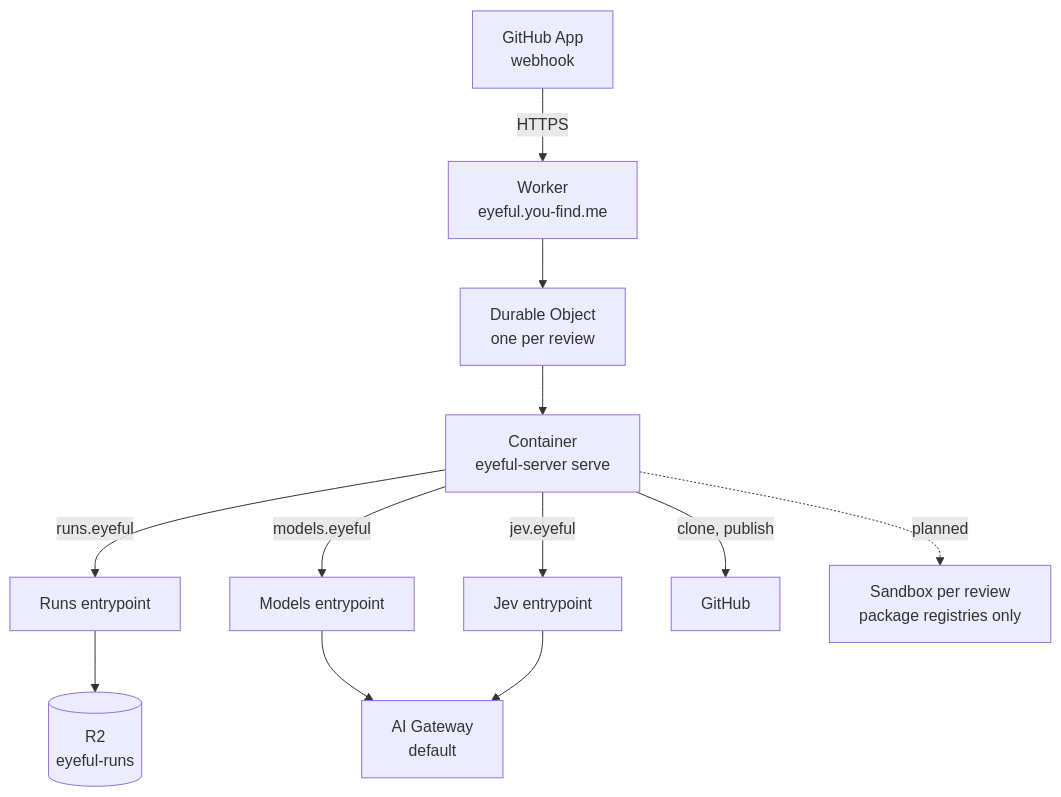
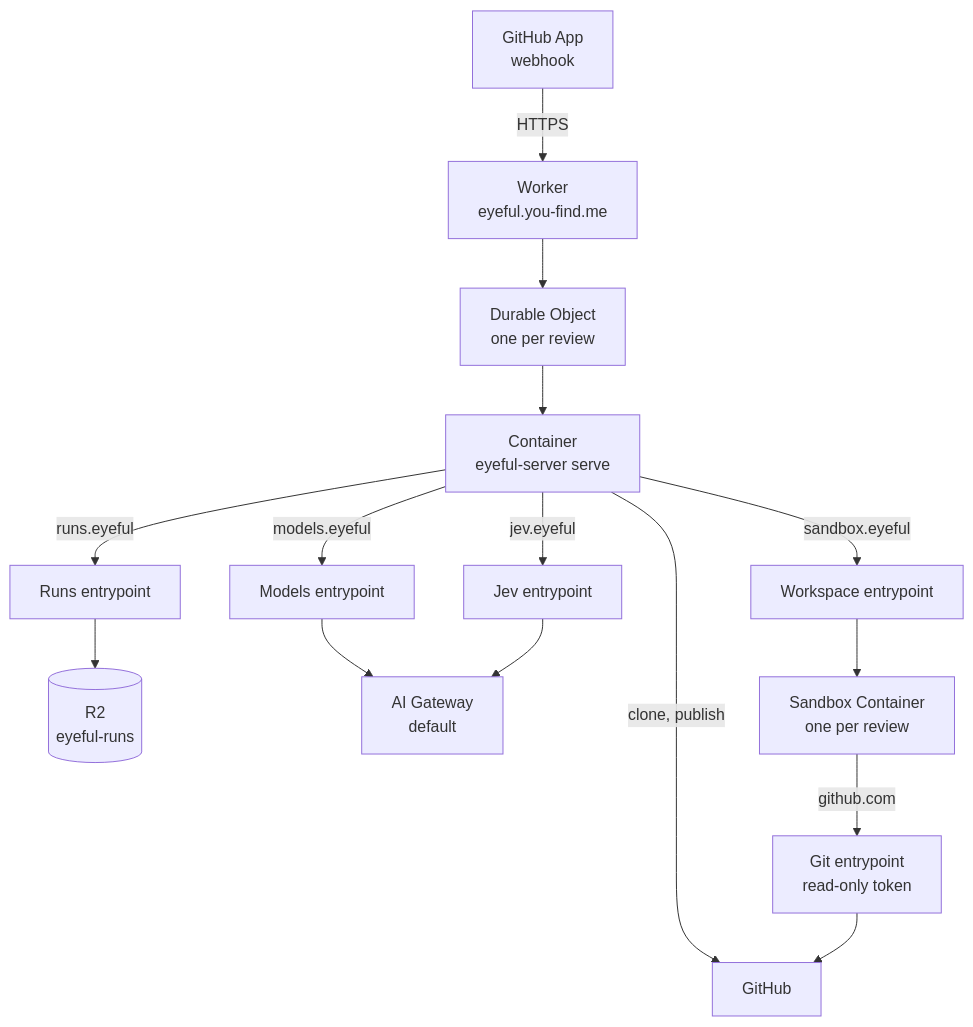
Before and after one commit to Pleasurecruise/eyeful: the first of 2 diagrams in docs/cloud/DEPLOYMENT.md, drawn with Mermaid. The commit also changed other lines of this file and 37 other files, not shown here.

First line of the commit message:
feat: verify cloud reviews by running tests in a sandbox per review (#3)

````diff
--- a/docs/cloud/DEPLOYMENT.md
+++ b/docs/cloud/DEPLOYMENT.md
@@ -29,11 +30,12 @@
 ```mermaid
 flowchart TB
     gh["GitHub App<br/>webhook"] -->|HTTPS| worker["Worker<br/>eyeful.you-find.me"]
     worker --> do["Durable Object<br/>one per review"]
     do --> server["Container<br/>eyeful-server serve"]
     server -->|"runs.eyeful"| runs["Runs entrypoint"] --> r2[("R2<br/>eyeful-runs")]
     server -->|"models.eyeful"| models["Models entrypoint"] --> gateway["AI Gateway<br/>default"]
     server -->|"jev.eyeful"| jev["Jev entrypoint"] --> gateway
     server -->|clone, publish| github["GitHub"]
-    server -.->|planned| sandbox["Sandbox per review<br/>package registries only"]
+    server -->|"sandbox.eyeful"| workspace["Workspace entrypoint"] --> sandbox["Sandbox Container<br/>one per review"]
+    sandbox -->|"github.com"| git["Git entrypoint<br/>read-only token"] --> github
 ```
````
